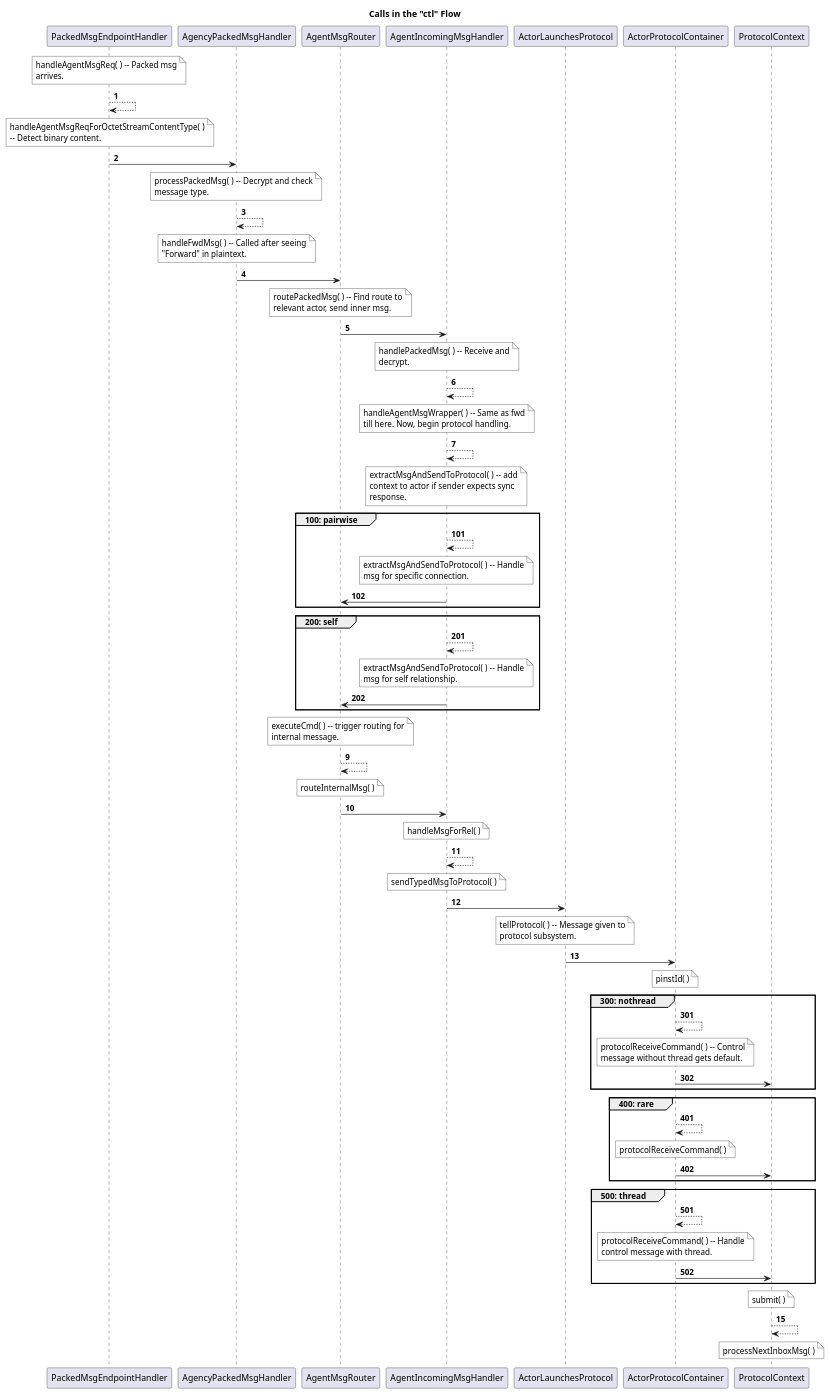
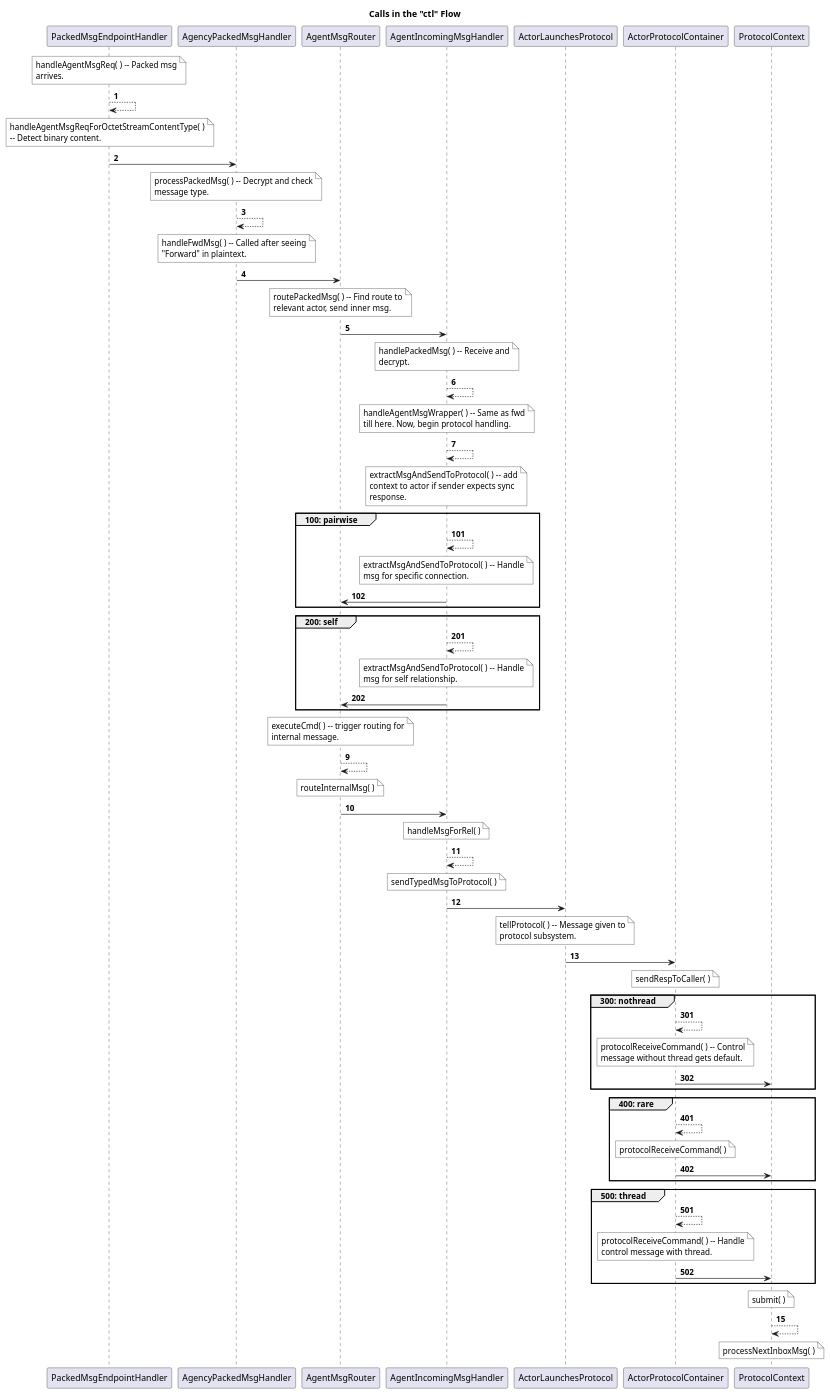
One commit to evernym/verity changed the diagram in doc/ctl_flow.puml. Above: the diagram before and after it, drawn with PlantUML. The commit also changed 98 other files, not shown here.

```diff
--- a/doc/ctl_flow.puml
+++ b/doc/ctl_flow.puml
@@ -1,75 +1,75 @@
 @startuml
 
 title Calls in the "ctl" Flow
 
 autonumber 1
 note over PackedMsgEndpointHandler #ffffff: handleAgentMsgReq( ) -- Packed msg\narrives.
 PackedMsgEndpointHandler --> PackedMsgEndpointHandler
 note over PackedMsgEndpointHandler #ffffff: handleAgentMsgReqForOctetStreamContentType( )\n-- Detect binary content.
 PackedMsgEndpointHandler -> AgencyPackedMsgHandler
 note over AgencyPackedMsgHandler #ffffff: processPackedMsg( ) -- Decrypt and check\nmessage type.
 AgencyPackedMsgHandler --> AgencyPackedMsgHandler
 note over AgencyPackedMsgHandler #ffffff: handleFwdMsg( ) -- Called after seeing\n"Forward" in plaintext.
 AgencyPackedMsgHandler -> AgentMsgRouter
 note over AgentMsgRouter #ffffff: routePackedMsg( ) -- Find route to\nrelevant actor, send inner msg.
 AgentMsgRouter -> AgentIncomingMsgHandler
 note over AgentIncomingMsgHandler #ffffff: handlePackedMsg( ) -- Receive and\ndecrypt.
 AgentIncomingMsgHandler --> AgentIncomingMsgHandler
 note over AgentIncomingMsgHandler #ffffff: handleAgentMsgWrapper( ) -- Same as fwd\ntill here. Now, begin protocol handling.
 AgentIncomingMsgHandler --> AgentIncomingMsgHandler
 note over AgentIncomingMsgHandler #ffffff: extractMsgAndSendToProtocol( ) -- add\ncontext to actor if sender expects sync\nresponse.
 
 group 100: pairwise
 autonumber 101
 AgentIncomingMsgHandler --> AgentIncomingMsgHandler
 note over AgentIncomingMsgHandler #ffffff: extractMsgAndSendToProtocol( ) -- Handle\nmsg for specific connection.
 AgentIncomingMsgHandler -> AgentMsgRouter
 end
 
 group 200: self
 autonumber 201
 AgentIncomingMsgHandler --> AgentIncomingMsgHandler
 note over AgentIncomingMsgHandler #ffffff: extractMsgAndSendToProtocol( ) -- Handle\nmsg for self relationship.
 AgentIncomingMsgHandler -> AgentMsgRouter
 end
 
 autonumber 9
 note over AgentMsgRouter #ffffff: executeCmd( ) -- trigger routing for\ninternal message.
 AgentMsgRouter --> AgentMsgRouter
 note over AgentMsgRouter #ffffff: routeInternalMsg( )
 AgentMsgRouter -> AgentIncomingMsgHandler
 note over AgentIncomingMsgHandler #ffffff: handleMsgForRel( )
 AgentIncomingMsgHandler --> AgentIncomingMsgHandler
 note over AgentIncomingMsgHandler #ffffff: sendTypedMsgToProtocol( )
 AgentIncomingMsgHandler -> ActorLaunchesProtocol
 note over ActorLaunchesProtocol #ffffff: tellProtocol( ) -- Message given to\nprotocol subsystem.
 ActorLaunchesProtocol -> ActorProtocolContainer
-note over ActorProtocolContainer #ffffff: pinstId( )
+note over ActorProtocolContainer #ffffff: sendRespToCaller( )
 
 group 300: nothread
 autonumber 301
 ActorProtocolContainer --> ActorProtocolContainer
 note over ActorProtocolContainer #ffffff: protocolReceiveCommand( ) -- Control\nmessage without thread gets default.
 ActorProtocolContainer -> ProtocolContext
 end
 
 group 400: rare
 autonumber 401
 ActorProtocolContainer --> ActorProtocolContainer
 note over ActorProtocolContainer #ffffff: protocolReceiveCommand( )
 ActorProtocolContainer -> ProtocolContext
 end
 
 group 500: thread
 autonumber 501
 ActorProtocolContainer --> ActorProtocolContainer
 note over ActorProtocolContainer #ffffff: protocolReceiveCommand( ) -- Handle\ncontrol message with thread.
 ActorProtocolContainer -> ProtocolContext
 end
 
 autonumber 15
 note over ProtocolContext #ffffff: submit( )
 ProtocolContext --> ProtocolContext
 note over ProtocolContext #ffffff: processNextInboxMsg( )
 
 @enduml
```
